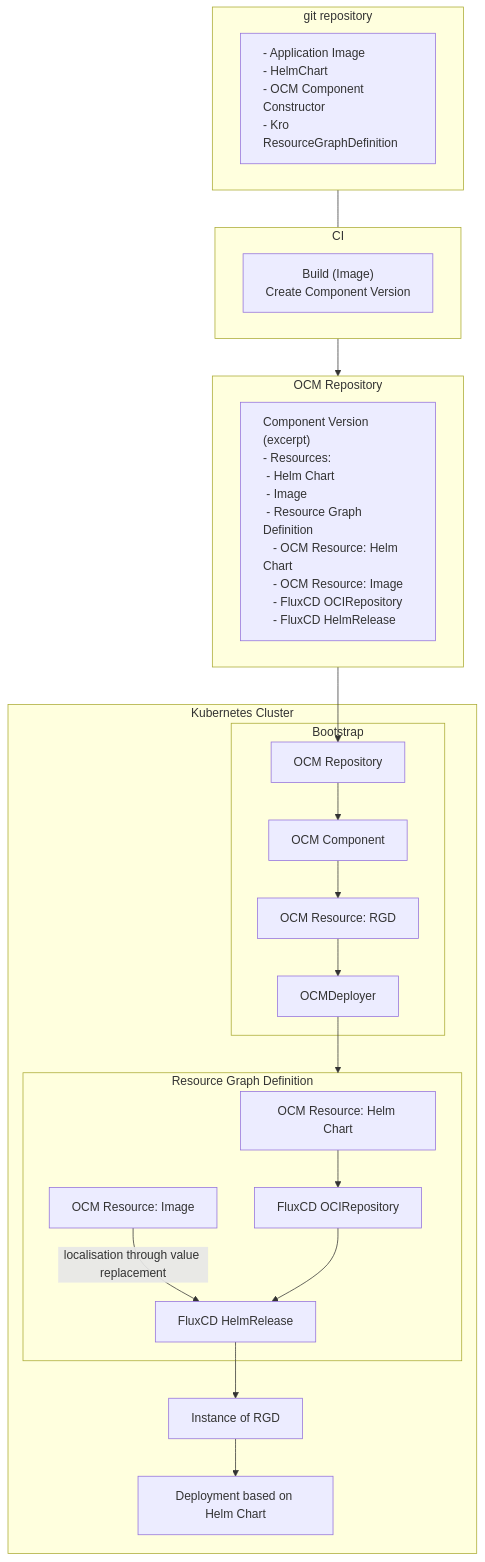
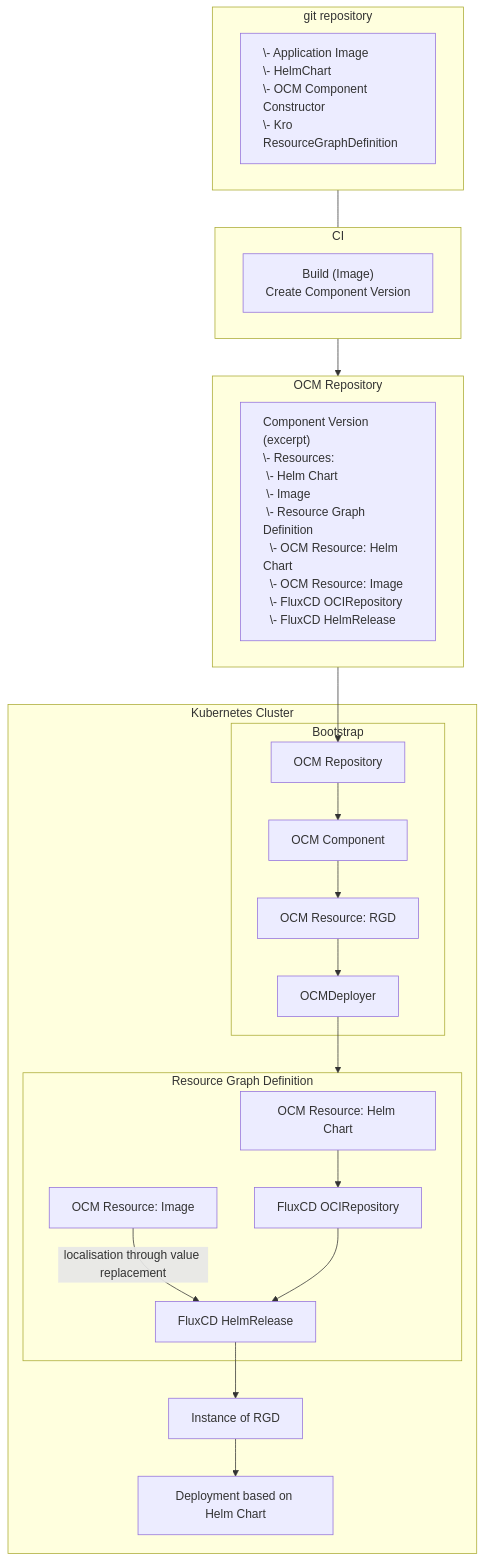
One commit to open-component-model/ocm-k8s-toolkit changed the diagram in docs/adr/deployer.md. Above: the diagram before and after it, drawn with Mermaid.

Commit message:
fix mermaid/markdown unsupported list bug

````diff
--- a/docs/adr/deployer.md
+++ b/docs/adr/deployer.md
@@ -110,52 +110,52 @@
 ```mermaid
 graph TD
   style git-content text-align:left
   style component-version text-align:left
   subgraph gitrepo["git repository"]
-    git-content["- Application Image
-- HelmChart
-- OCM Component Constructor
-- Kro ResourceGraphDefinition"]
+    git-content["\- Application Image
+\- HelmChart
+\- OCM Component Constructor
+\- Kro ResourceGraphDefinition"]
   end
   subgraph ci[CI]
     ci-content["Build (Image)<br>Create Component Version"]
   end
   subgraph ocmrepo["OCM Repository"]
     component-version["Component Version (excerpt)
-- Resources:
-#nbsp;- Helm Chart
-#nbsp;- Image
-#nbsp;- Resource Graph Definition
-#nbsp;#nbsp; - OCM Resource: Helm Chart
-#nbsp;#nbsp; - OCM Resource: Image
-#nbsp;#nbsp; - FluxCD OCIRepository
-#nbsp;#nbsp; - FluxCD HelmRelease"]
+\- Resources:
+#nbsp;\- Helm Chart
+#nbsp;\- Image
+#nbsp;\- Resource Graph Definition
+#nbsp;#nbsp;\- OCM Resource: Helm Chart
+#nbsp;#nbsp;\- OCM Resource: Image
+#nbsp;#nbsp;\- FluxCD OCIRepository
+#nbsp;#nbsp;\- FluxCD HelmRelease"]
   end
   subgraph cluster["Kubernetes Cluster"]
     subgraph bootstrap["Bootstrap"]
       bootstrap-ocm-repo["OCM Repository"]
       bootstrap-ocm-component["OCM Component"]
       bootstrap-ocm-res["OCM Resource: RGD"]
       bootstrap-ocm-deployer["OCMDeployer"]
     end
     subgraph rgd["Resource Graph Definition"]
       rgd-ocm-img-helm-chart["OCM Resource: Helm Chart"]
       rgd-ocm-img["OCM Resource: Image"]
       fluxcd-ocirepository["FluxCD OCIRepository"]
       fluxcd-helmrelease["FluxCD HelmRelease"]
     end
     instance["Instance of RGD"]
     deployment["Deployment based on Helm Chart"]
   end
 
   gitrepo --- ci
   ci --> ocmrepo
   ocmrepo --> bootstrap-ocm-repo
   bootstrap-ocm-repo --> bootstrap-ocm-component --> bootstrap-ocm-res --> bootstrap-ocm-deployer
   bootstrap-ocm-deployer --> rgd
   rgd-ocm-img-helm-chart --> fluxcd-ocirepository
   rgd-ocm-img -- localisation through value replacement --> fluxcd-helmrelease
   fluxcd-ocirepository --> fluxcd-helmrelease
   fluxcd-helmrelease --> instance
   instance --> deployment
 ```
````
